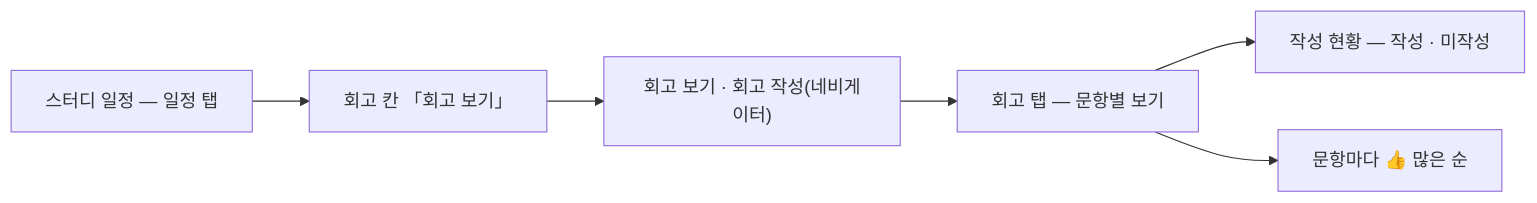
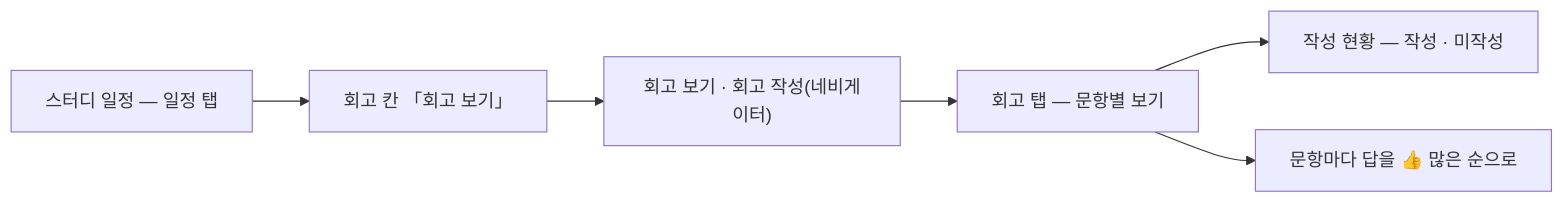
Before and after one commit to StudyClub-PlusPlus/studyclub-engineering: the diagram in 01-planning/stories/navigator-view-meeting-retros/PRD.md, drawn with Mermaid. The commit also changed other lines of this file and 5 other files, not shown here.

````diff
--- a/01-planning/stories/navigator-view-meeting-retros/PRD.md
+++ b/01-planning/stories/navigator-view-meeting-retros/PRD.md
@@ -16,8 +16,8 @@
 ```mermaid
 flowchart LR
   A["스터디 일정 — 일정 탭"] --> B["회고 칸 「회고 보기」"]
   B --> C["회고 보기 · 회고 작성(네비게이터)"]
   C --> D["회고 탭 — 문항별 보기"]
   D --> E["작성 현황 — 작성 · 미작성"]
-  D --> F["문항마다 👍 많은 순"]
+  D --> F["문항마다 답을 👍 많은 순으로"]
 ```
````
